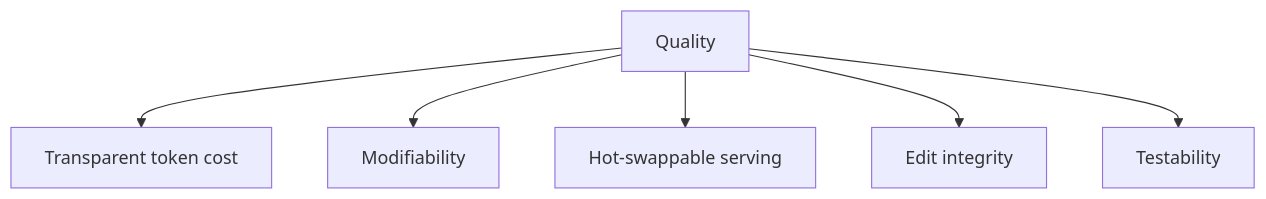
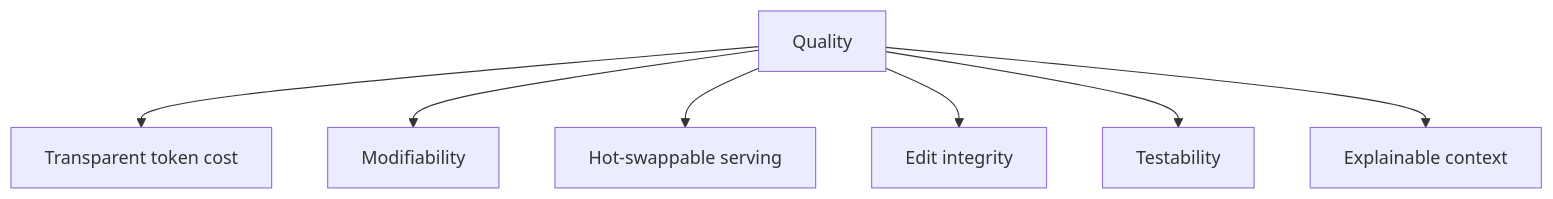
Before and after one commit to Snorre98/texteditor: the seventh of 7 diagrams in docs/writing-assistant/architecture.md, drawn with Mermaid. The commit also changed other lines of this file and 21 other files, not shown here.

````diff
--- a/docs/writing-assistant/architecture.md
+++ b/docs/writing-assistant/architecture.md
@@ -375,8 +399,9 @@
 ```mermaid
 flowchart TD
     Q[Quality] --> Transparency[Transparent token cost]
     Q --> Modifiability
     Q --> Swappability[Hot-swappable serving]
     Q --> Integrity[Edit integrity]
     Q --> Testability
+    Q --> Explainability[Explainable context]
 ```
````
